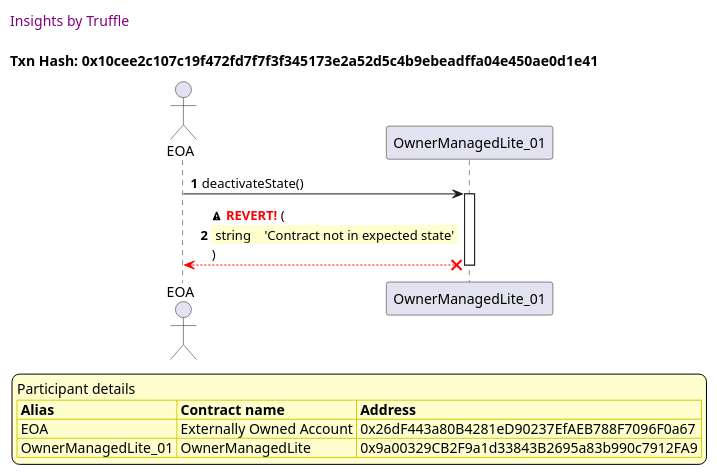
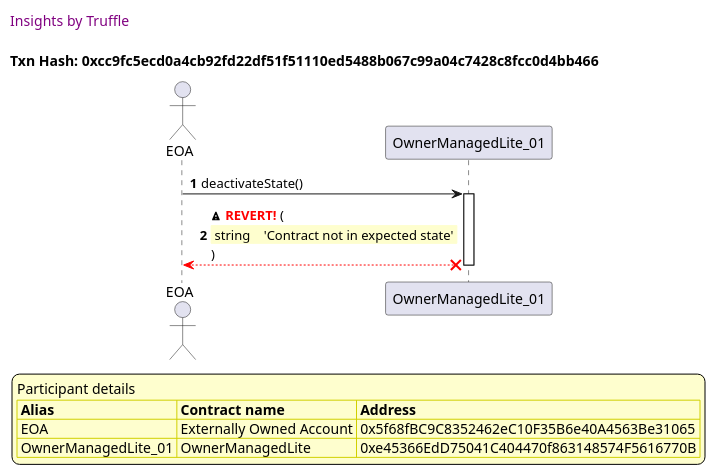
Before and after one commit to thedarkjester/ConsensysAssignment: diagram 16 of 16 in truffle-seq/OwnerManagedLite_test_activate_deactivate_dapp.md, drawn with PlantUML. The commit also changed other lines of this file and 13 other files, not shown here.

````diff
--- a/truffle-seq/OwnerManagedLite_test_activate_deactivate_dapp.md
+++ b/truffle-seq/OwnerManagedLite_test_activate_deactivate_dapp.md
@@ -735,40 +719,40 @@
 ```plantuml
 
 
 @startuml
 
 autonumber
 skinparam legendBackgroundColor #FEFECE
 
 <style>
       header {
         HorizontalAlignment left
         FontColor purple
         FontSize 14
         Padding 10
       }
     </style>
 
 header Insights by Truffle
 
-title Txn Hash: 0x10cee2c107c19f472fd7f7f3f345173e2a52d5c4b9ebeadffa04e450ae0d1e41
+title Txn Hash: 0xcc9fc5ecd0a4cb92fd22df51f51110ed5488b067c99a04c7428c8fcc0d4bb466
 
 
 actor EOA as "EOA"
 participant OwnerManagedLite_01 as "OwnerManagedLite_01"
 
 "EOA" -> "OwnerManagedLite_01" ++: deactivateState()
 "OwnerManagedLite_01" x-[#red]-> "EOA" --: <&warning> <color #red>**REVERT!**</color> (\n\
 <#FEFECE,#FEFECE>| string |  | 'Contract not in expected state' |\n\
 )
 deactivate "OwnerManagedLite_01"
 
 legend
 Participant details
 <#FEFECE,#D0D000>|= Alias |= Contract name |= Address |
-<#FEFECE>| EOA | Externally Owned Account | 0x26dF443a80B4281eD90237EfAEB788F7096F0a67 |
-<#FEFECE>| OwnerManagedLite_01 | OwnerManagedLite | 0x9a00329CB2F9a1d33843B2695a83b990c7912FA9 |
+<#FEFECE>| EOA | Externally Owned Account | 0x5f68fBC9C8352462eC10F35B6e40A4563Be31065 |
+<#FEFECE>| OwnerManagedLite_01 | OwnerManagedLite | 0xe45366EdD75041C404470f863148574F5616770B |
 endlegend
 
 @enduml
 ```
````
